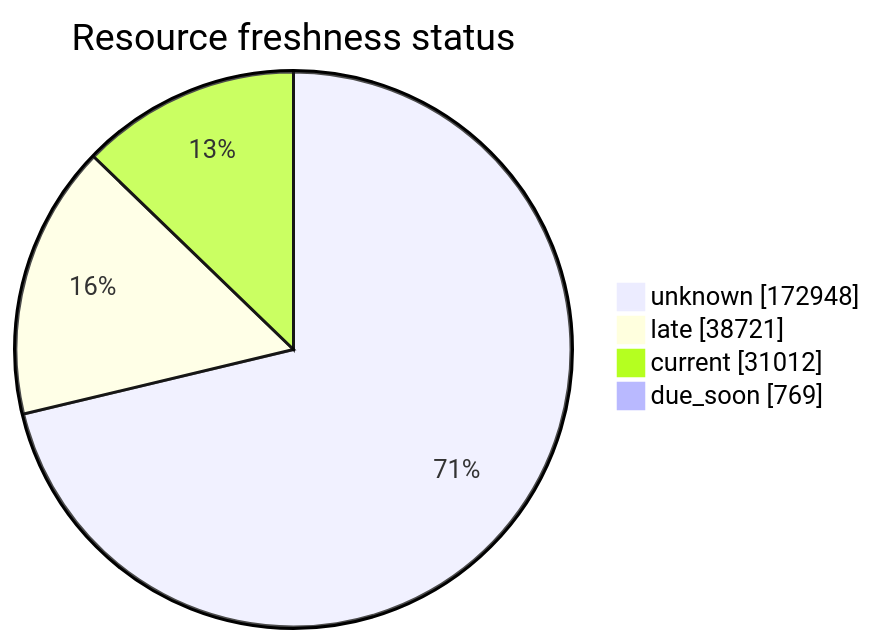
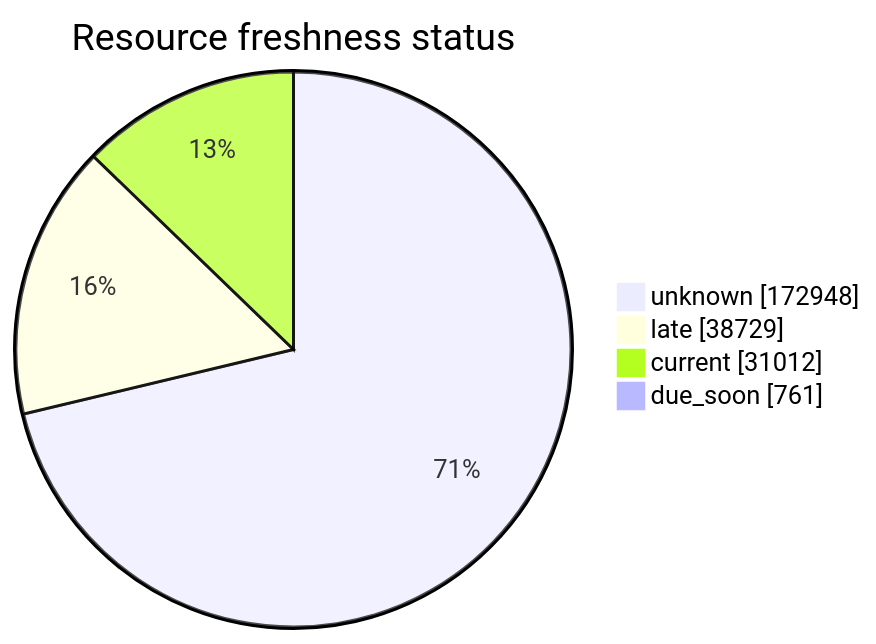
One commit to open-data/analytics-corporate-reporting changed the third of 5 diagrams in FreshCheck/README.md. Above: the diagram before and after it, drawn with Mermaid. The commit also changed other lines of this file and 3 other files, not shown here.

````diff
--- a/FreshCheck/README.md
+++ b/FreshCheck/README.md
@@ -77,7 +77,7 @@
 ```mermaid
 pie showData title Resource freshness status
     "unknown": 172948
-    "late": 38721
+    "late": 38729
     "current": 31012
-    "due_soon": 769
+    "due_soon": 761
 ```
````
